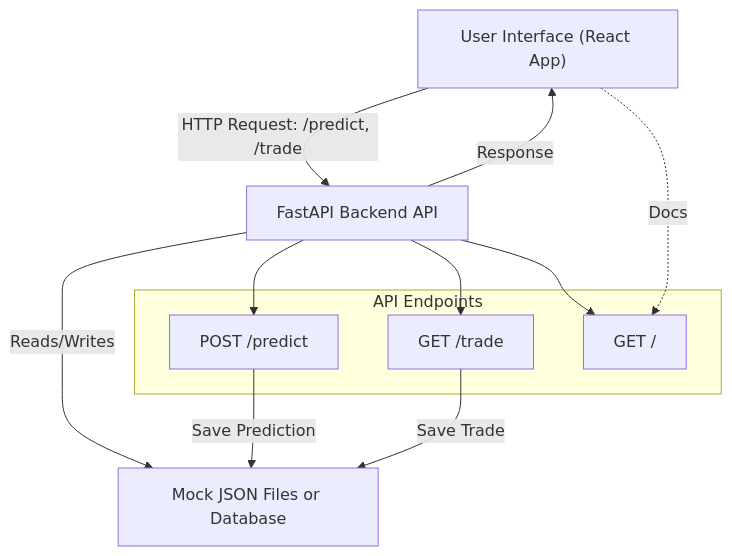
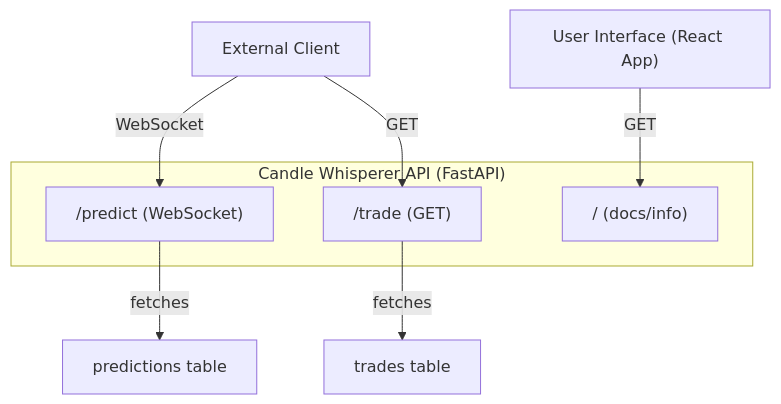
Before and after one commit to shaqshaw/candle-whisperer-api: the diagram in README.md, drawn with Mermaid. The commit also changed 2 other files, not shown here.

Commit message:
docs + mock data

````diff
--- a/README.md
+++ b/README.md
@@ -3,25 +3,18 @@
 ```mermaid
 flowchart TD
     A["User Interface (React App)"]
-    B["FastAPI Backend API"]
-    C["Mock JSON Files or Database"]
+    X["External Client"]
+    subgraph B["Candle Whisperer API (FastAPI)"]
+        B1["/predict (WebSocket)"]
+        B2["/trade (GET)"]
+        B3["/ (docs/info)"]
+    end
+    C1["predictions table"]
+    C2["trades table"]
 
-    A -- "HTTP Request: /predict, /trade" --> B
-    B -- "Reads/Writes" --> C
-    B -- "Response" --> A
-
-    subgraph "API Endpoints"
-        B1["POST /predict"]
-        B2["GET /trade"]
-        B3["GET /"]
-    end
-
-    B --> B1
-    B --> B2
-    B --> B3
-
-    B1 -- "Save Prediction" --> C
-    B2 -- "Save Trade" --> C
-
-    A -.->|"Docs"| B3
+    A -- "GET" --> B3
+    X -- "WebSocket" --> B1
+    X -- "GET" --> B2
+    B1 -- "fetches" --> C1
+    B2 -- "fetches" --> C2
 ```
````
